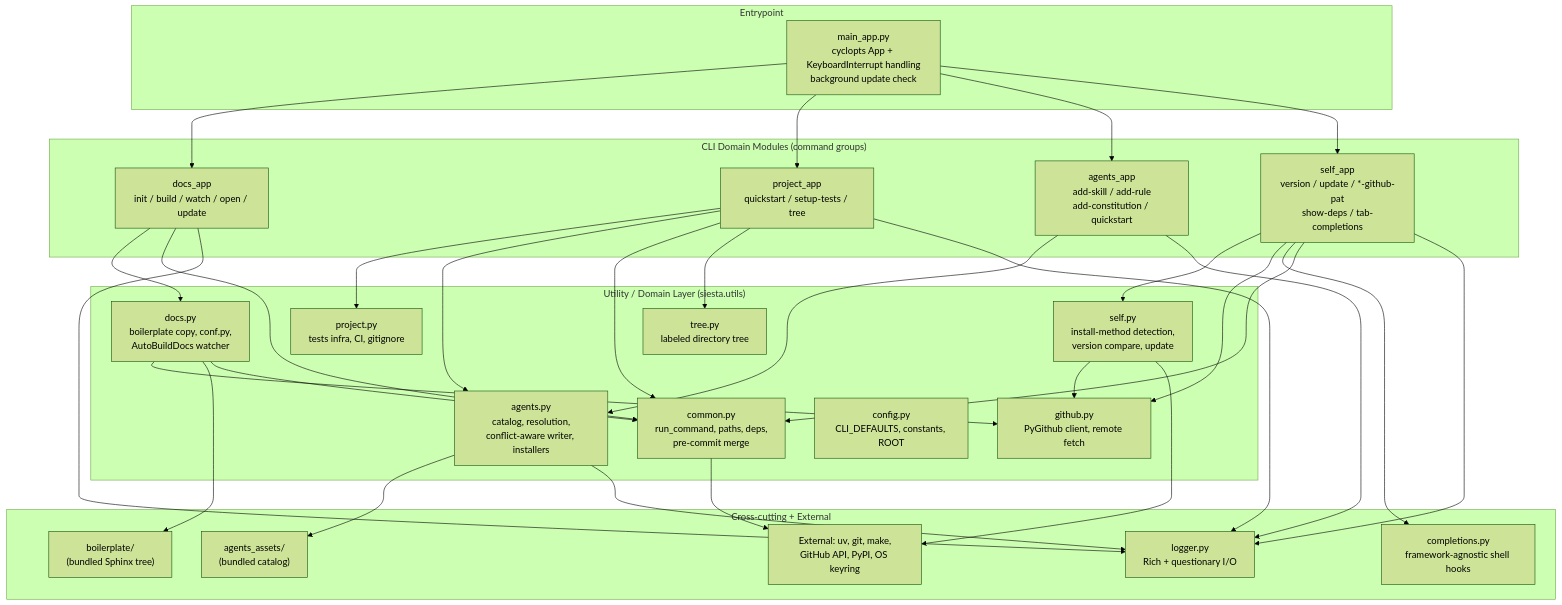
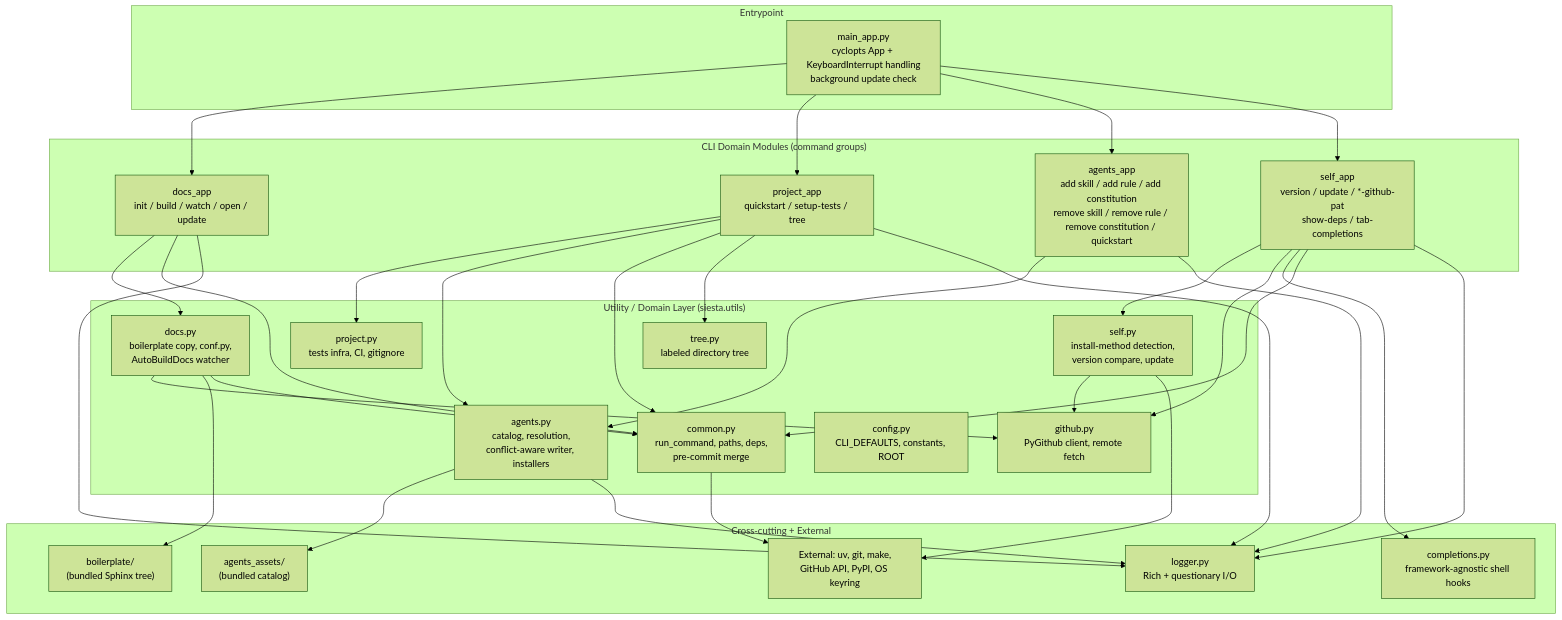
One commit to Entalpic/siesta changed the first of 2 diagrams in system-architecture.md. Above: the diagram before and after it, drawn with Mermaid (forest theme). The commit also changed other lines of this file and 11 other files, not shown here.

````diff
--- a/system-architecture.md
+++ b/system-architecture.md
@@ -27,43 +27,43 @@
 ```mermaid
 graph TB
     subgraph entry["Entrypoint"]
         MAIN["main_app.py<br/>cyclopts App + KeyboardInterrupt handling<br/>background update check"]
     end
 
     subgraph cli["CLI Domain Modules (command groups)"]
         DOCS["docs_app<br/>init / build / watch / open / update"]
         PROJ["project_app<br/>quickstart / setup-tests / tree"]
-        AGENTS["agents_app<br/>add-skill / add-rule<br/>add-constitution / quickstart"]
+        AGENTS["agents_app<br/>add skill / add rule / add constitution<br/>remove skill / remove rule / remove constitution / quickstart"]
         SELF["self_app<br/>version / update / *-github-pat<br/>show-deps / tab-completions"]
     end
 
     subgraph utils["Utility / Domain Layer (siesta.utils)"]
         UAGENTS["agents.py<br/>catalog, resolution,<br/>conflict-aware writer, installers"]
         UDOCS["docs.py<br/>boilerplate copy, conf.py,<br/>AutoBuildDocs watcher"]
         UPROJ["project.py<br/>tests infra, CI, gitignore"]
         USELF["self.py<br/>install-method detection,<br/>version compare, update"]
         UGH["github.py<br/>PyGithub client, remote fetch"]
         UCOMMON["common.py<br/>run_command, paths, deps,<br/>pre-commit merge"]
         UTREE["tree.py<br/>labeled directory tree"]
         UCONFIG["config.py<br/>CLI_DEFAULTS, constants, ROOT"]
     end
 
     subgraph infra["Cross-cutting + External"]
         LOG["logger.py<br/>Rich + questionary I/O"]
         COMPL["completions.py<br/>framework-agnostic shell hooks"]
         ASSETS["agents_assets/<br/>(bundled catalog)"]
         BOIL["boilerplate/<br/>(bundled Sphinx tree)"]
         EXT["External: uv, git, make,<br/>GitHub API, PyPI, OS keyring"]
     end
 
     MAIN --> DOCS & PROJ & AGENTS & SELF
     DOCS --> UDOCS & UCOMMON
     PROJ --> UPROJ & UAGENTS & UCOMMON & UTREE
     AGENTS --> UAGENTS
     SELF --> USELF & UGH & COMPL & UCOMMON
     UAGENTS --> ASSETS & LOG
     UDOCS --> UGH & BOIL & UCOMMON
     USELF --> UGH & EXT
     UCOMMON --> EXT
     DOCS & PROJ & AGENTS & SELF --> LOG
 ```
````
